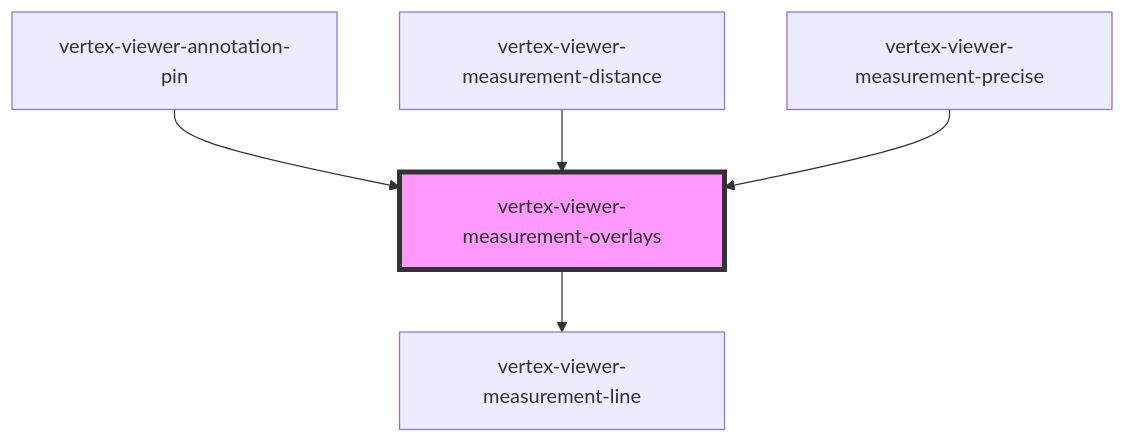
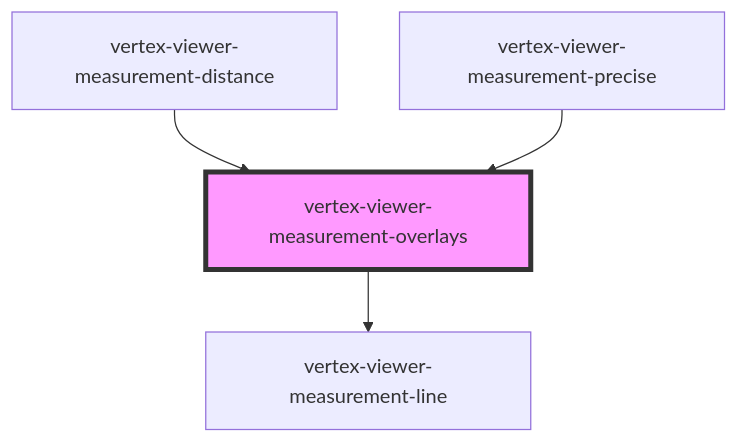
Before and after one commit to Vertexvis/vertex-web-sdk: the diagram in packages/viewer/src/components/viewer-measurement-overlays/readme.md, drawn with Mermaid. The commit also changed other lines of this file and 36 other files, not shown here.

````diff
--- a/packages/viewer/src/components/viewer-measurement-overlays/readme.md
+++ b/packages/viewer/src/components/viewer-measurement-overlays/readme.md
@@ -38,8 +28,7 @@
 ```mermaid
 graph TD;
   vertex-viewer-measurement-overlays --> vertex-viewer-measurement-line
-  vertex-viewer-annotation-pin --> vertex-viewer-measurement-overlays
   vertex-viewer-measurement-distance --> vertex-viewer-measurement-overlays
   vertex-viewer-measurement-precise --> vertex-viewer-measurement-overlays
   style vertex-viewer-measurement-overlays fill:#f9f,stroke:#333,stroke-width:4px
 ```
````
